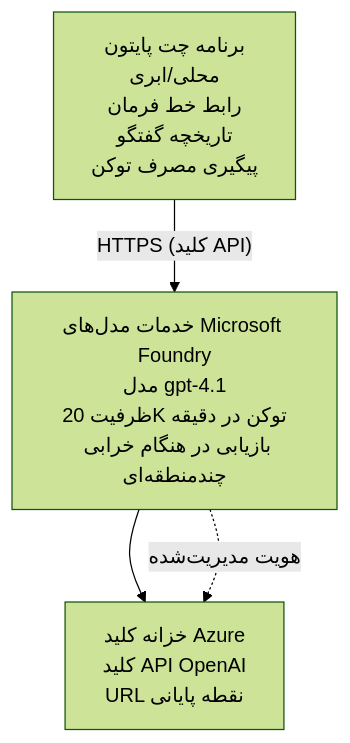
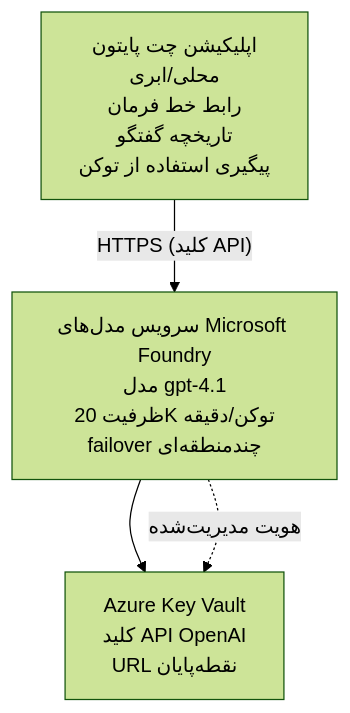
The diagram in translations/fa/examples/azure-openai-chat/README.md (microsoft/AZD-for-beginners), drawn with Mermaid (forest theme) before and after one commit. The commit also changed other lines of this file and 104 other files, not shown here.

````diff
--- a/translations/fa/examples/azure-openai-chat/README.md
+++ b/translations/fa/examples/azure-openai-chat/README.md
@@ -26,6 +26,6 @@
 ```mermaid
 graph TD
-    App[برنامه چت پایتون<br/>محلی/ابری<br/>رابط خط فرمان<br/>تاریخچه گفتگو<br/>پیگیری مصرف توکن] -- "HTTPS (کلید API)" --> Foundry[خدمات مدل‌های Microsoft Foundry<br/>مدل gpt-4.1<br/>ظرفیت 20K توکن در دقیقه<br/>بازیابی در هنگام خرابی چندمنطقه‌ای]
-    Foundry --> KV[خزانه کلید Azure<br/>کلید API OpenAI<br/>URL نقطه پایانی]
+    App[اپلیکیشن چت پایتون<br/>محلی/ابری<br/>رابط خط فرمان<br/>تاریخچه گفتگو<br/>پیگیری استفاده از توکن] -- "HTTPS (کلید API)" --> Foundry[سرویس مدل‌های Microsoft Foundry<br/>مدل gpt-4.1<br/>ظرفیت 20K توکن/دقیقه<br/>failover چندمنطقه‌ای]
+    Foundry --> KV[Azure Key Vault<br/>کلید API OpenAI<br/>URL نقطه‌پایان]
     Foundry -. هویت مدیریت‌شده .-> KV
 ```
````
